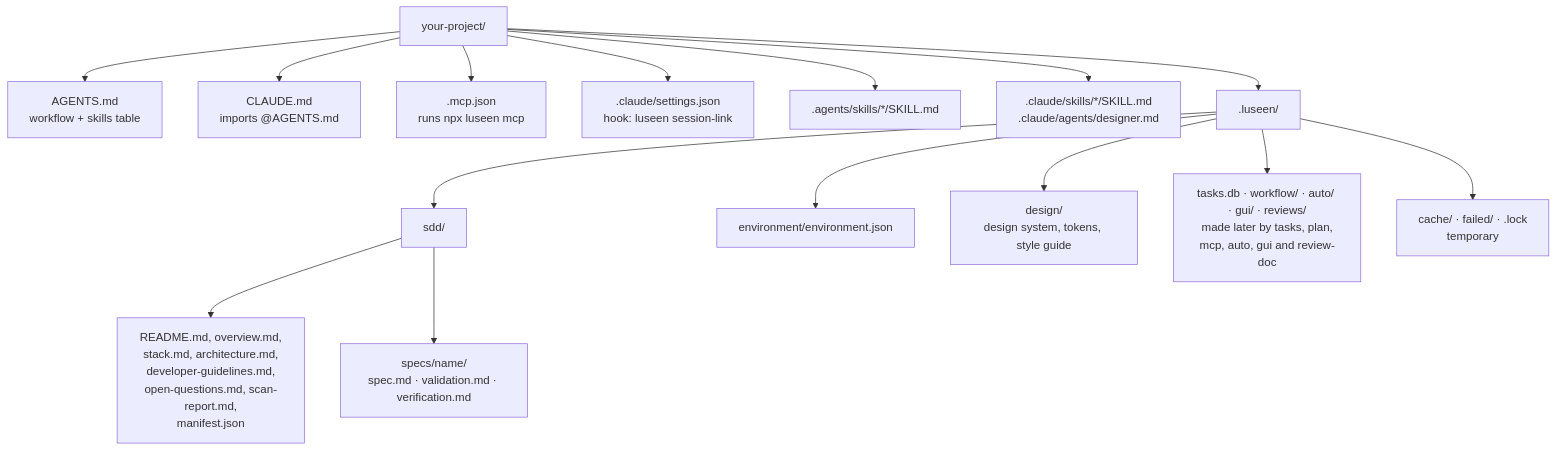
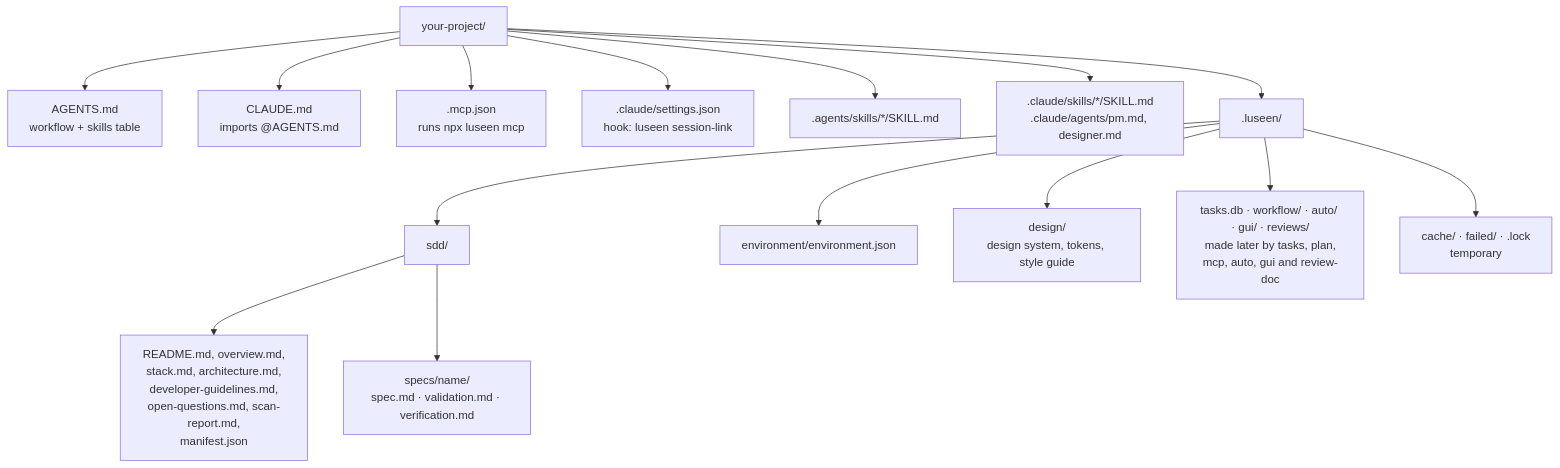
Before and after one commit to Hayko97/cclinic: the tenth of 10 diagrams in SETUP_FLOW.md, drawn with Mermaid. The commit also changed other lines of this file and 45 other files, not shown here.

````diff
--- a/SETUP_FLOW.md
+++ b/SETUP_FLOW.md
@@ -573,18 +573,18 @@
 ```mermaid
 flowchart TD
     Root[your-project/]
     Root --> A[AGENTS.md<br/>workflow + skills table]
     Root --> B[CLAUDE.md<br/>imports @AGENTS.md]
     Root --> MC[.mcp.json<br/>runs npx luseen mcp]
     Root --> CS[.claude/settings.json<br/>hook: luseen session-link]
     Root --> Ag[.agents/skills/*/SKILL.md]
-    Root --> Cl[.claude/skills/*/SKILL.md<br/>.claude/agents/designer.md]
+    Root --> Cl[.claude/skills/*/SKILL.md<br/>.claude/agents/pm.md, designer.md]
     Root --> CC[.luseen/]
     CC --> SDD[sdd/]
     SDD --> R[README.md, overview.md,<br/>stack.md, architecture.md,<br/>developer-guidelines.md,<br/>open-questions.md, scan-report.md,<br/>manifest.json]
     SDD --> SPECS[specs/name/<br/>spec.md · validation.md · verification.md]
     CC --> Env[environment/environment.json]
     CC --> Des[design/<br/>design system, tokens, style guide]
     CC --> Later[tasks.db · workflow/ · auto/ · gui/ · reviews/<br/>made later by tasks, plan,<br/>mcp, auto, gui and review-doc]
     CC --> Cache[cache/ · failed/ · .lock<br/>temporary]
 ```
````
